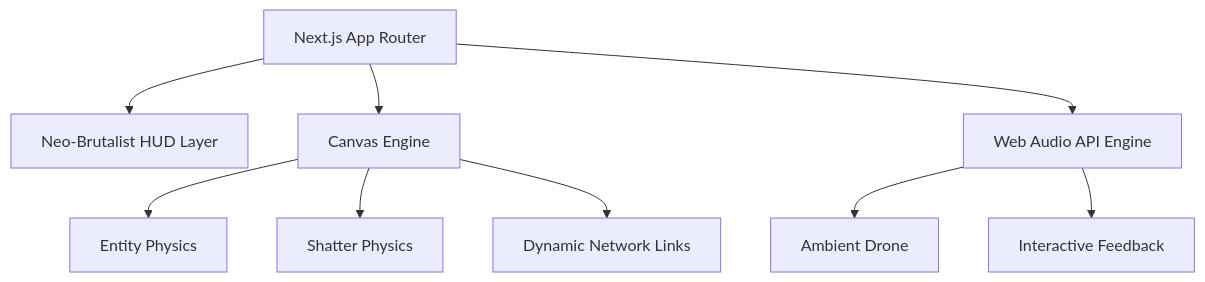
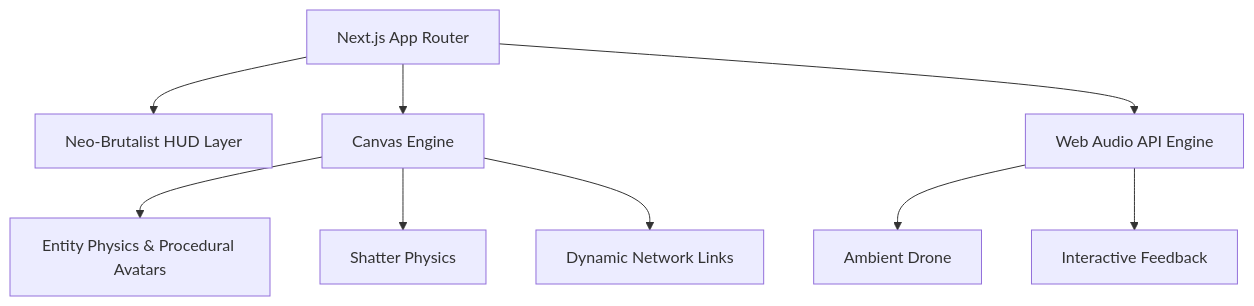
Before and after one commit to rrubayet321/project-oikya: the diagram in README.md, drawn with Mermaid. The commit also changed other lines of this file, not shown here.

Commit message:
docs: update README with recent features (procedural avatars, animated loader, title animation)

````diff
--- a/README.md
+++ b/README.md
@@ -47,11 +47,11 @@
 ```mermaid
 flowchart TD
     App[Next.js App Router] --> UI[Neo-Brutalist HUD Layer]
     App --> Simulation[Canvas Engine]
-    Simulation --> Particles[Entity Physics]
+    Simulation --> Particles[Entity Physics & Procedural Avatars]
     Simulation --> Shards[Shatter Physics]
     Simulation --> Links[Dynamic Network Links]
     App --> Audio[Web Audio API Engine]
     Audio --> Drone[Ambient Drone]
     Audio --> Pings[Interactive Feedback]
 ```
````
